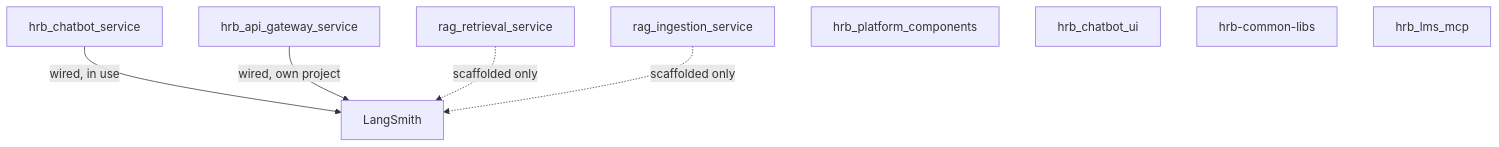
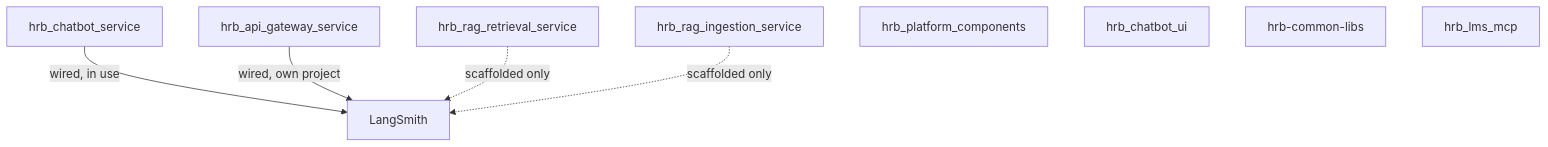
Before and after one commit to rvsree/hrb_emp_assist: the diagram in docs/observability-governance.md, drawn with Mermaid. The commit also changed other lines of this file and 26 other files, not shown here.

Commit message:
Fix 134 stale rag_ingestion_service/rag_retrieval_service references after rename

````diff
--- a/docs/observability-governance.md
+++ b/docs/observability-governance.md
@@ -27,11 +27,11 @@
 ```mermaid
 flowchart TD
     A[hrb_chatbot_service] -->|wired, in use| L[LangSmith]
     B[hrb_api_gateway_service] -->|wired, own project| L
-    C[rag_retrieval_service] -.->|scaffolded only| L
-    D[rag_ingestion_service] -.->|scaffolded only| L
+    C[hrb_rag_retrieval_service] -.->|scaffolded only| L
+    D[hrb_rag_ingestion_service] -.->|scaffolded only| L
     E[hrb_platform_components]
     F[hrb_chatbot_ui]
     G[hrb-common-libs]
     H[hrb_lms_mcp]
 ```
````
